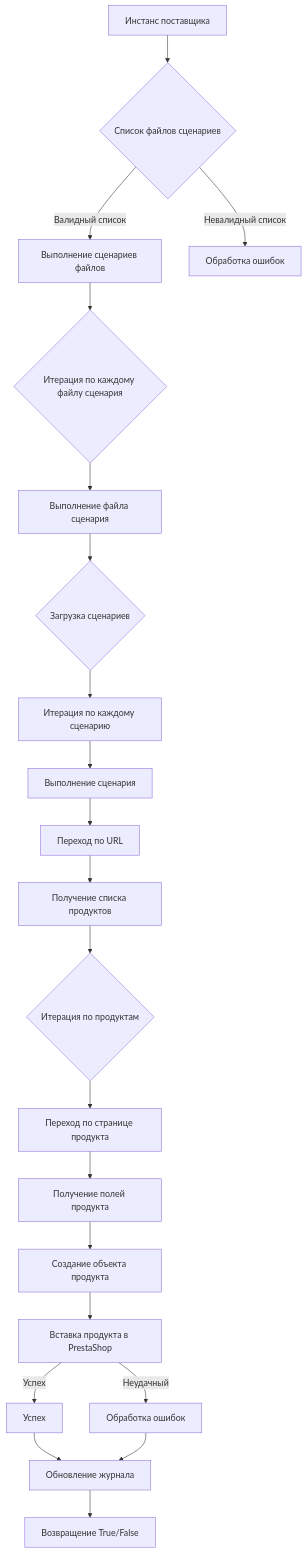
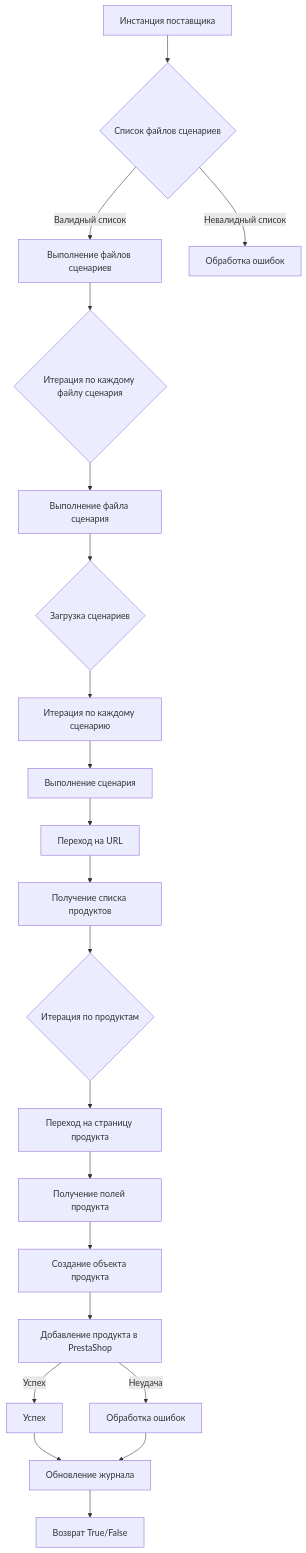
Before and after one commit to hypo69/hypo: the diagram in docs/gemini/ru/doc/src/scenario/README.md, drawn with Mermaid. The commit also changed other lines of this file and 311 other files, not shown here.

````diff
--- a/docs/gemini/ru/doc/src/scenario/README.md
+++ b/docs/gemini/ru/doc/src/scenario/README.md
@@ -28,23 +28,23 @@
 ```mermaid
 graph TD
-    A[Инстанс поставщика] --> B{Список файлов сценариев}
-    B -- Валидный список --> C[Выполнение сценариев файлов]
+    A[Инстанция поставщика] --> B{Список файлов сценариев}
+    B -- Валидный список --> C[Выполнение файлов сценариев]
     B -- Невалидный список --> D[Обработка ошибок]
     C --> E{Итерация по каждому файлу сценария}
     E --> F[Выполнение файла сценария]
     F --> G{Загрузка сценариев}
     G --> H[Итерация по каждому сценарию]
     H --> I[Выполнение сценария]
-    I --> J[Переход по URL]
+    I --> J[Переход на URL]
     J --> K[Получение списка продуктов]
     K --> L{Итерация по продуктам}
-    L --> M[Переход по странице продукта]
+    L --> M[Переход на страницу продукта]
     M --> N[Получение полей продукта]
     N --> O[Создание объекта продукта]
-    O --> P[Вставка продукта в PrestaShop]
+    O --> P[Добавление продукта в PrestaShop]
     P -- Успех --> Q[Успех]
-    P -- Неудачный --> R[Обработка ошибок]
+    P -- Неудача --> R[Обработка ошибок]
     Q --> S[Обновление журнала]
     R --> S
-    S --> T[Возвращение True/False]
+    S --> T[Возврат True/False]
 ```
````
